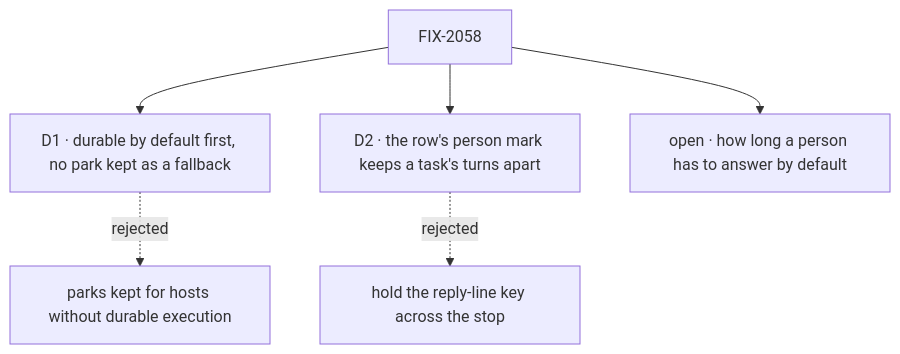
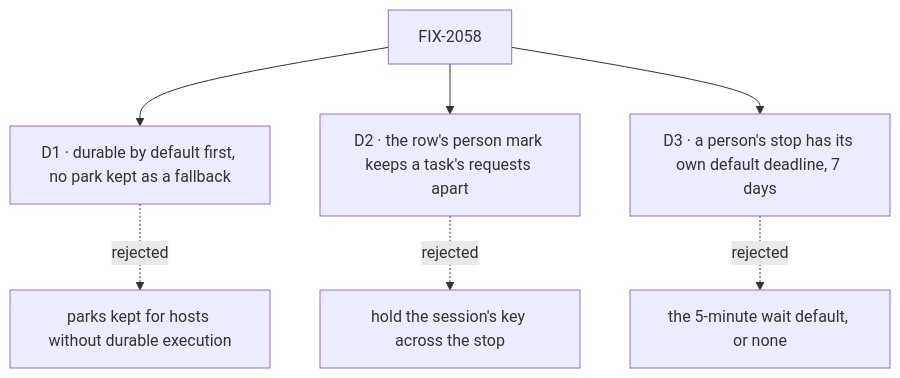
The diagram in specs/epics/FIX-2058/DECISIONS.md (fixpoint-labs/flow-state-dev), drawn with Mermaid before and after one commit. The commit also changed other lines of this file and 4 other files, not shown here.

First line of the commit message:
spec(epic): fold the owner's deadline answer and round two into FIX-2058

````diff
--- a/specs/epics/FIX-2058/DECISIONS.md
+++ b/specs/epics/FIX-2058/DECISIONS.md
@@ -11,8 +11,9 @@
 ```mermaid
 flowchart TD
   E["FIX-2058"] --> D1["D1 · durable by default first, no park kept as a fallback"]
   D1 -.->|"rejected"| X1["parks kept for hosts without durable execution"]
-  E --> D2["D2 · the row's person mark keeps a task's turns apart"]
-  D2 -.->|"rejected"| X2["hold the reply-line key across the stop"]
-  E --> O1["open · how long a person has to answer by default"]
+  E --> D2["D2 · the row's person mark keeps a task's requests apart"]
+  D2 -.->|"rejected"| X2["hold the session's key across the stop"]
+  E --> D3["D3 · a person's stop has its own default deadline, 7 days"]
+  D3 -.->|"rejected"| X3["the 5-minute wait default, or none"]
 ```
````
